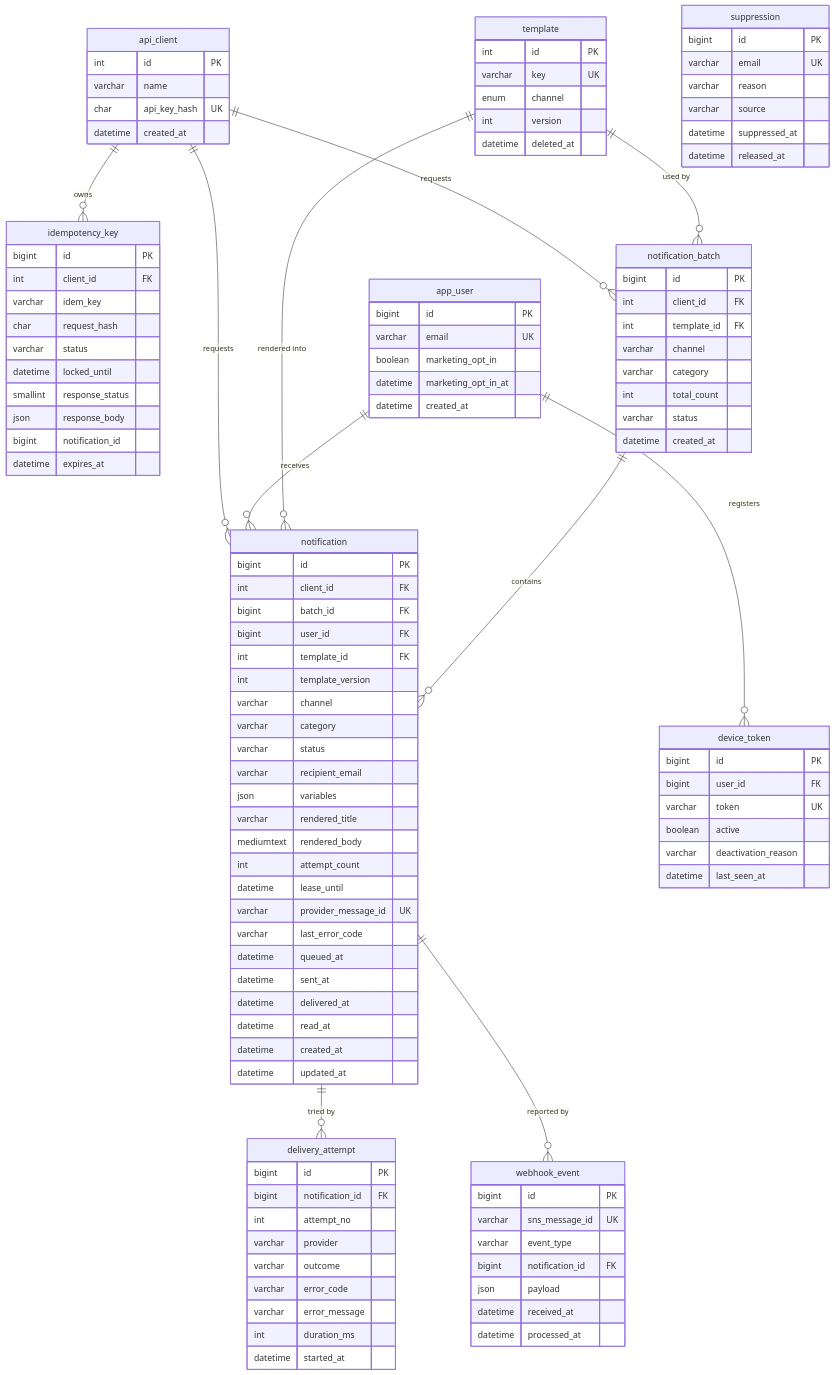
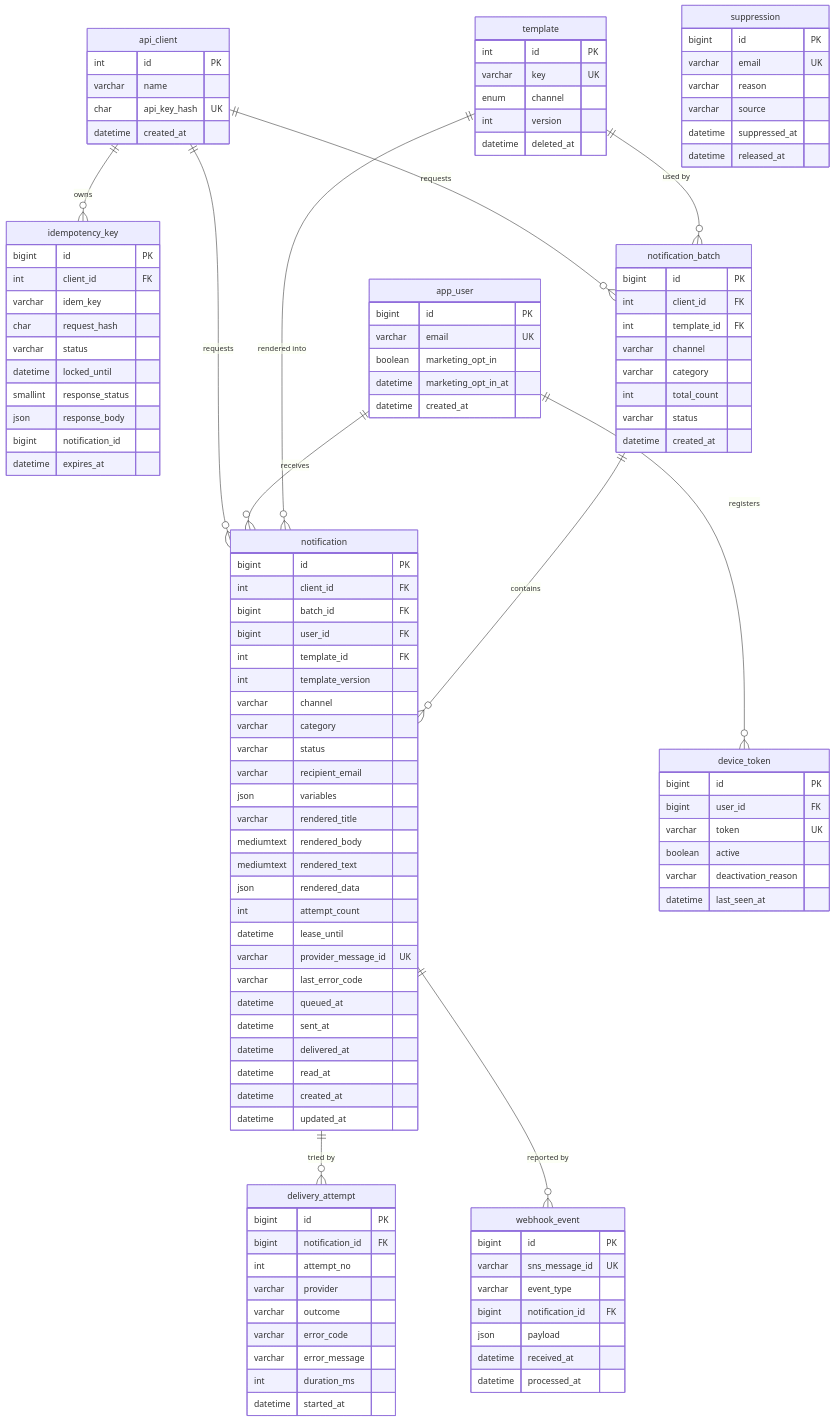
Before and after one commit to lee-mark01/notification-platform: the diagram in docs/design/erd.md, drawn with Mermaid. The commit also changed other lines of this file and 2 other files, not shown here.

First line of the commit message:
docs: update ERD, API contract, and README for intake

```diff
--- a/docs/design/erd.md
+++ b/docs/design/erd.md
@@ -59,6 +59,8 @@
         json variables
         varchar rendered_title
         mediumtext rendered_body
+        mediumtext rendered_text
+        json rendered_data
         int attempt_count
         datetime lease_until
         varchar provider_message_id UK
```
